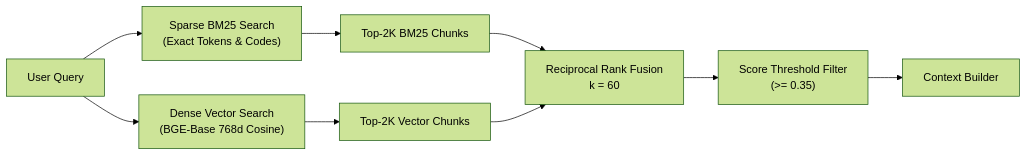
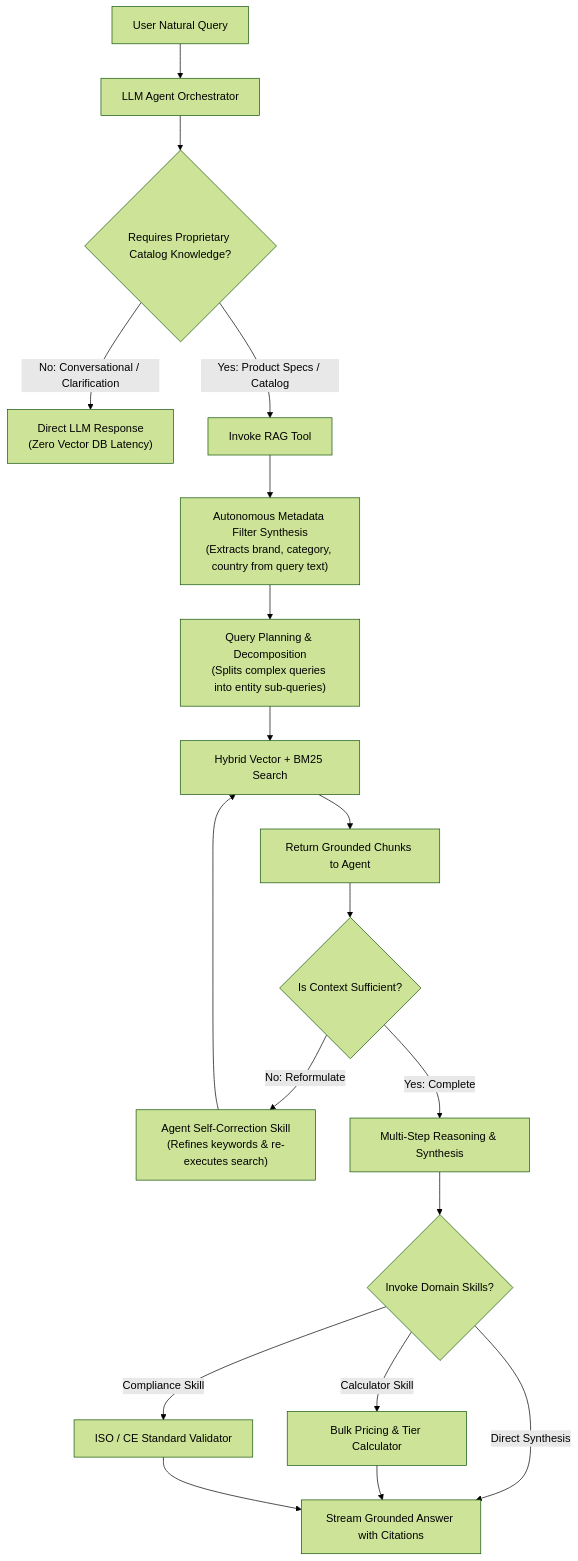
One commit to abdulvajid1/RAG-Product-Knowledge-Assistant changed the second of 2 diagrams in docs/design_decisions.md. Above: the diagram before and after it, drawn with Mermaid (forest theme). The commit also changed other lines of this file, not shown here.

````diff
--- a/docs/design_decisions.md
+++ b/docs/design_decisions.md
@@ -109,11 +237,27 @@
 ```mermaid
-flowchart LR
-    Q["User Query"] --> BM25["Sparse BM25 Search<br>(Exact Tokens & Codes)"]
-    Q --> Dense["Dense Vector Search<br>(BGE-Base 768d Cosine)"]
-    BM25 --> TopBM["Top-2K BM25 Chunks"]
-    Dense --> TopDense["Top-2K Vector Chunks"]
-    TopBM --> RRF["Reciprocal Rank Fusion<br>k = 60"]
-    TopDense --> RRF
-    RRF --> Filter["Score Threshold Filter<br>(>= 0.35)"]
-    Filter --> Ctx["Context Builder"]
+flowchart TD
+    UserQuery["User Natural Query"] --> Agent["LLM Agent Orchestrator"]
+    Agent --> IntentCheck{"Requires Proprietary Catalog Knowledge?"}
+    
+    IntentCheck -->|No: Conversational / Clarification| DirectResp["Direct LLM Response<br>(Zero Vector DB Latency)"]
+    IntentCheck -->|Yes: Product Specs / Catalog| ToolCall["Invoke RAG Tool"]
+    
+    ToolCall --> AutoFilter["Autonomous Metadata Filter Synthesis<br>(Extracts brand, category, country from query text)"]
+    AutoFilter --> Decomp["Query Planning & Decomposition<br>(Splits complex queries into entity sub-queries)"]
+    Decomp --> HybridSearch["Hybrid Vector + BM25 Search"]
+    HybridSearch --> ToolResult["Return Grounded Chunks to Agent"]
+    
+    ToolResult --> EvalContext{"Is Context Sufficient?"}
+    EvalContext -->|No: Reformulate| Reformulate["Agent Self-Correction Skill<br>(Refines keywords & re-executes search)"]
+    Reformulate --> HybridSearch
+    
+    EvalContext -->|Yes: Complete| Reason["Multi-Step Reasoning & Synthesis"]
+    Reason --> Skills{"Invoke Domain Skills?"}
+    
+    Skills -->|Calculator Skill| Calc["Bulk Pricing & Tier Calculator"]
+    Skills -->|Compliance Skill| Compl["ISO / CE Standard Validator"]
+    Skills -->|Direct Synthesis| FinalAnswer["Stream Grounded Answer with Citations"]
+    
+    Calc --> FinalAnswer
+    Compl --> FinalAnswer
 ```
````
